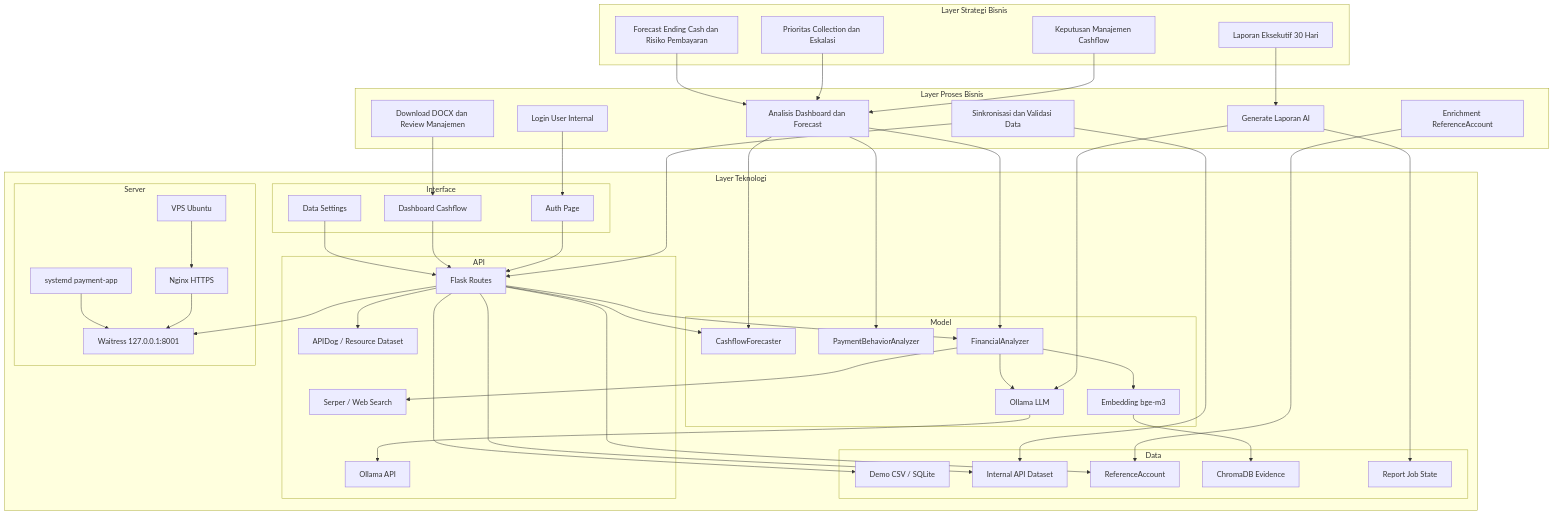
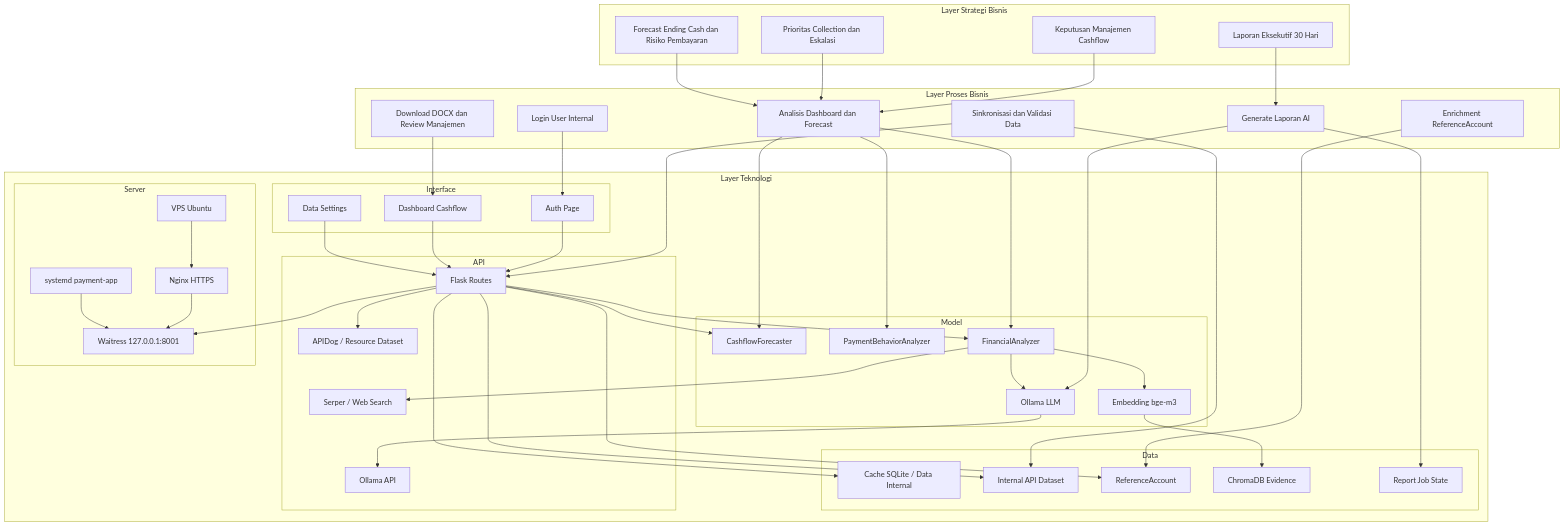
The first of 2 diagrams in docs/handover-ai-architecture-use-case.md (avariqfr30/InixindoUC3), drawn with Mermaid before and after one commit. The commit also changed other lines of this file and 7 other files, not shown here.

```diff
--- a/docs/handover-ai-architecture-use-case.md
+++ b/docs/handover-ai-architecture-use-case.md
@@ -147,7 +147,7 @@
         end
 
         subgraph DATA["Data"]
-            D1["Demo CSV / SQLite"]
+            D1["Cache SQLite / Data Internal"]
             D2["Internal API Dataset"]
             D3["ReferenceAccount"]
             D4["ChromaDB Evidence"]
```
